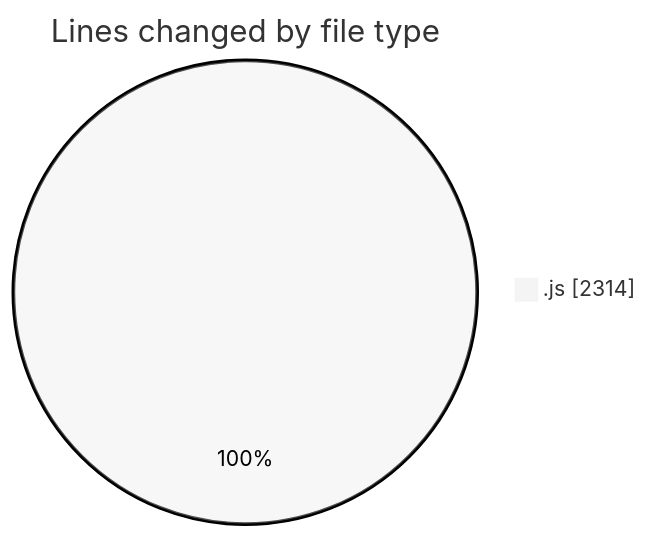
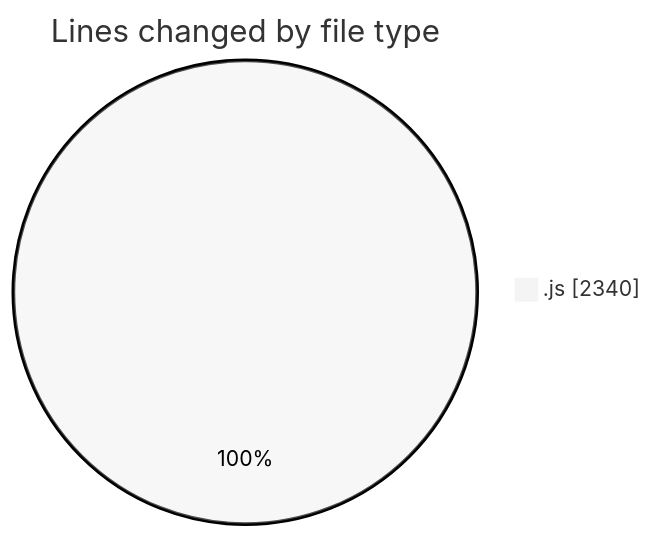
The first of 2 diagrams in 2025-08-11/nxtqube_webapp/README.md (nxtqubesakshisongat/code-tracking), drawn with Mermaid (neutral theme) before and after one commit. The commit also changed other lines of this file and 1 other file, not shown here.

````diff
--- a/2025-08-11/nxtqube_webapp/README.md
+++ b/2025-08-11/nxtqube_webapp/README.md
@@ -21,5 +21,5 @@
 ```mermaid
 pie showData
 title Lines changed by file type
-".js" : 2314
+".js" : 2340
 ```
````
